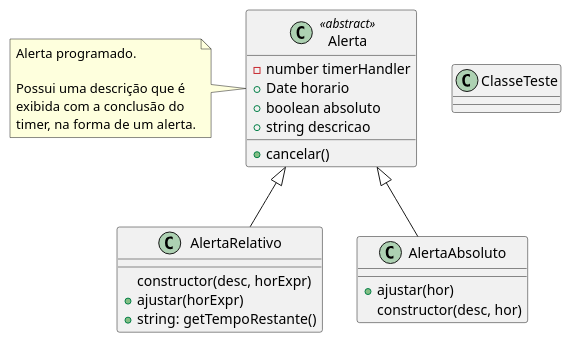
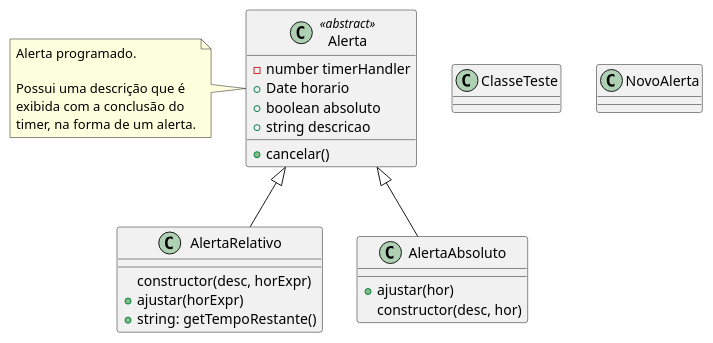
Before and after one commit to ruipimentel/plantuml-demo: the diagram in classes.puml, drawn with PlantUML.

Commit message:
adiciona classe novo alerta

```diff
--- a/classes.puml
+++ b/classes.puml
@@ -1,32 +1,36 @@
 @startuml "Classes"
 
 top to bottom direction
 
 class ClasseTeste {
 
 }
 
 class Alerta <<abstract>> {
   - number timerHandler
   + Date horario
   + boolean absoluto
   + string descricao
   + cancelar()
 }
 note left of Alerta : Alerta programado.\n\nPossui uma descrição que é\nexibida com a conclusão do\ntimer, na forma de um alerta.
 
 class AlertaRelativo {
   constructor(desc, horExpr)
   + ajustar(horExpr)
   + string: getTempoRestante()
 }
 
 class AlertaAbsoluto {
   + ajustar(hor)
   constructor(desc, hor)
 }
 
+class NovoAlerta {
+
+}
+
 Alerta <|-- AlertaRelativo
 Alerta <|-- AlertaAbsoluto
 
 @enduml
```
